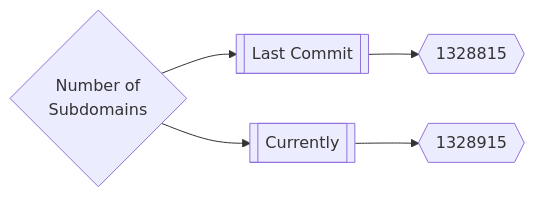
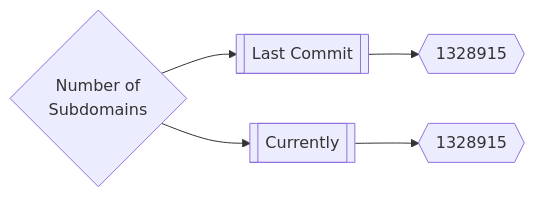
Before and after one commit to trickest/inventory: the first of 3 diagrams in README.md, drawn with Mermaid. The commit also changed 2 other files, not shown here.

Commit message:
Update Wed Apr  6 04:12:23 UTC 2022

````diff
--- a/README.md
+++ b/README.md
@@ -165,5 +165,5 @@
 ```mermaid
 graph LR
-title{Number of<br>Subdomains} --> subdomainsDate1[[Last Commit]] --> subdomainsNum1{{1328815}}
+title{Number of<br>Subdomains} --> subdomainsDate1[[Last Commit]] --> subdomainsNum1{{1328915}}
 title --> subdomainsDate2[[Currently]] --> subdomainsNum2{{1328915}}
 ```
````
